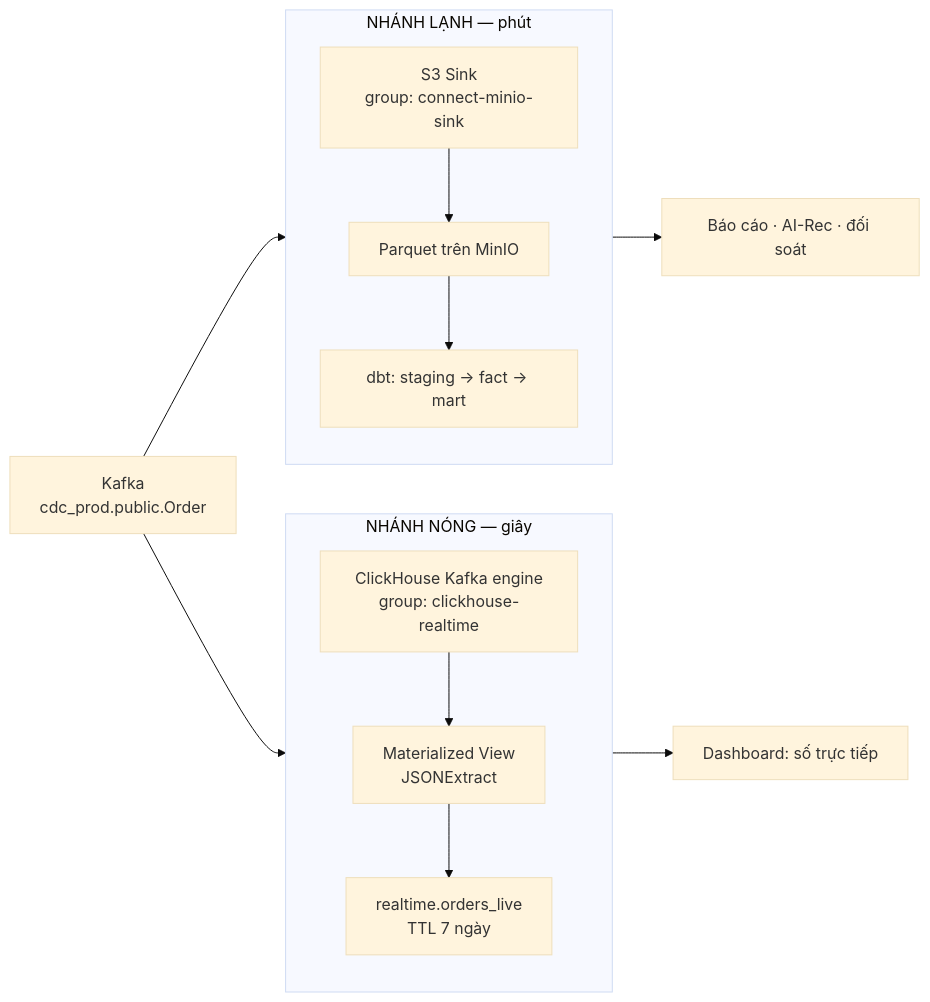
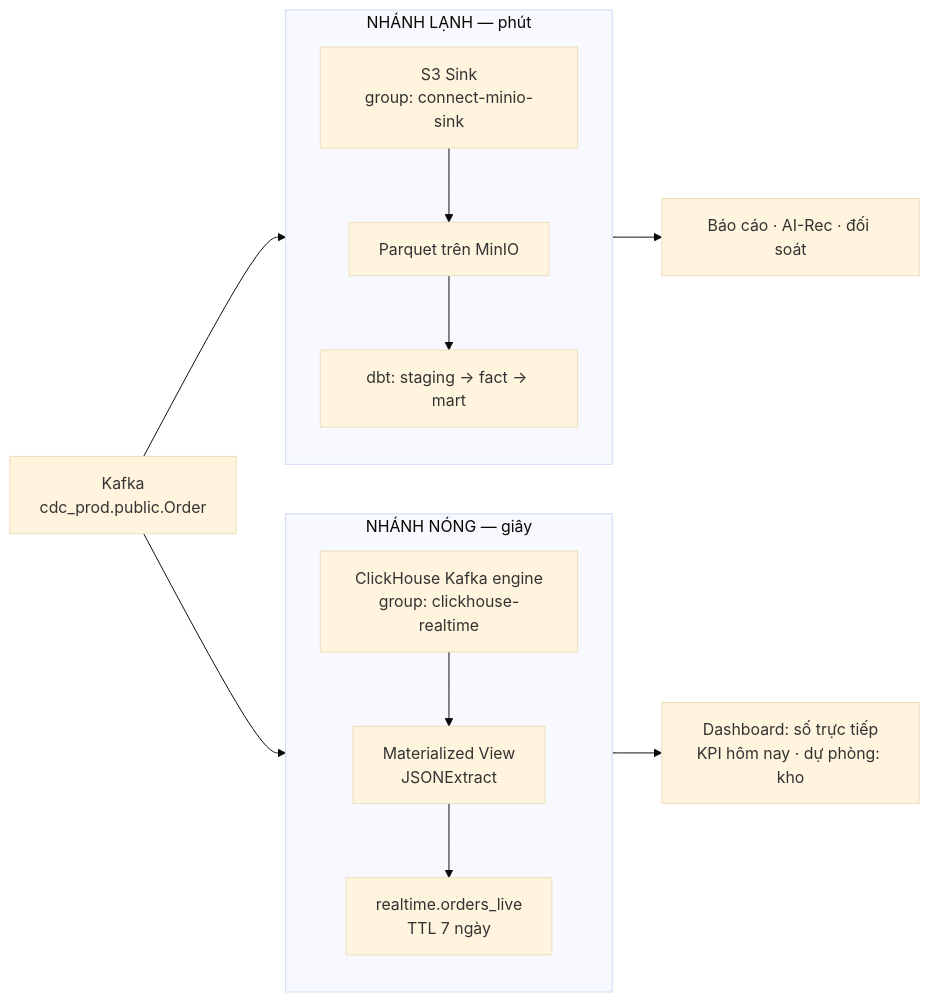
The third of 5 diagrams in local-infra-sandbox/docs/architecture.md (LeVanTrieuAn/ktln-Getshopy), drawn with Mermaid (base theme) before and after one commit. The commit also changed other lines of this file and 5 other files, not shown here.

````diff
--- a/local-infra-sandbox/docs/architecture.md
+++ b/local-infra-sandbox/docs/architecture.md
@@ -279,19 +279,19 @@
 ```mermaid
 flowchart LR
     KF["Kafka<br/>cdc_prod.public.Order"]
 
     subgraph HOTB["NHÁNH NÓNG — giây"]
         direction TB
         H1["ClickHouse Kafka engine<br/>group: clickhouse-realtime"] --> H2["Materialized View<br/>JSONExtract"] --> H3["realtime.orders_live<br/>TTL 7 ngày"]
     end
 
     subgraph COLDB["NHÁNH LẠNH — phút"]
         direction TB
         C1["S3 Sink<br/>group: connect-minio-sink"] --> C2["Parquet trên MinIO"] --> C3["dbt: staging → fact → mart"]
     end
 
     KF --> H1
     KF --> C1
-    H3 --> D1["Dashboard: số trực tiếp"]
+    H3 --> D1["Dashboard: số trực tiếp<br/>KPI hôm nay · dự phòng: kho"]
     C3 --> D2["Báo cáo · AI-Rec · đối soát"]
 ```
````
